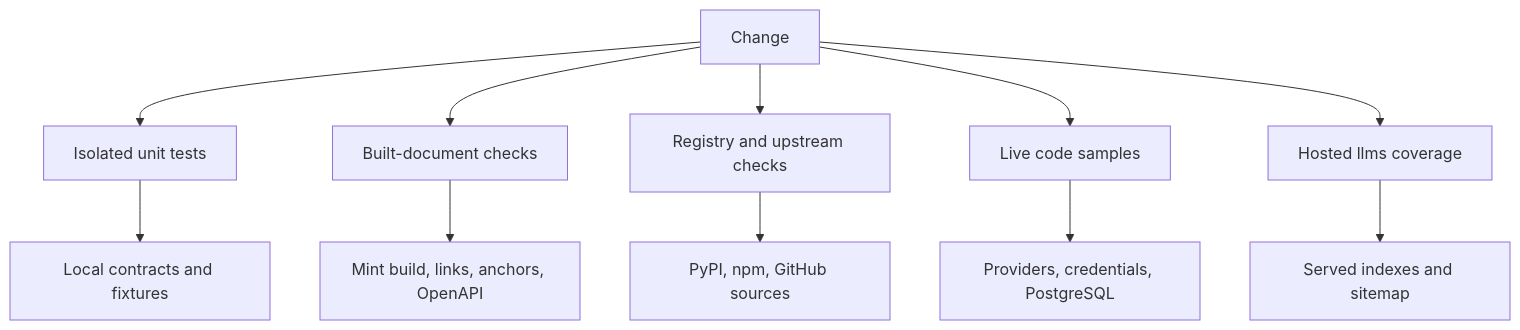
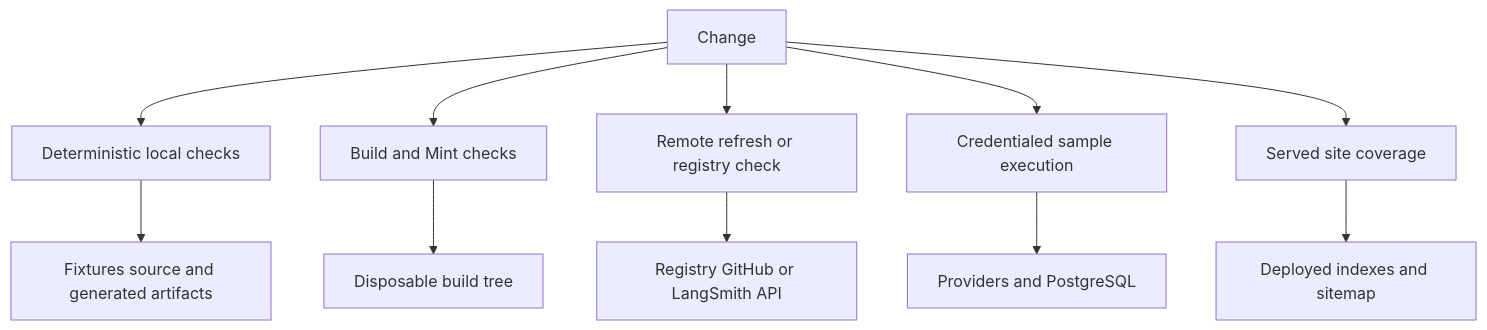
One commit to langchain-ai/docs changed the first of 3 diagrams in openwiki/testing/test-overview.md. Above: the diagram before and after it, drawn with Mermaid. The commit also changed other lines of this file and 25 other files, not shown here.

````diff
--- a/openwiki/testing/test-overview.md
+++ b/openwiki/testing/test-overview.md
@@ -100,13 +71,13 @@
 ```mermaid
 flowchart TD
-  Change["Change"] --> Unit["Isolated unit tests"]
-  Unit --> Contracts["Local contracts and fixtures"]
-  Change --> Build["Built-document checks"]
-  Build --> Rendered["Mint build, links, anchors, OpenAPI"]
-  Change --> Registry["Registry and upstream checks"]
-  Registry --> Remote["PyPI, npm, GitHub sources"]
-  Change --> Live["Live code samples"]
-  Live --> Services["Providers, credentials, PostgreSQL"]
-  Change --> Hosted["Hosted llms coverage"]
-  Hosted --> Served["Served indexes and sitemap"]
+  Change["Change"] --> Unit["Deterministic local checks"]
+  Unit --> Local["Fixtures source and generated artifacts"]
+  Change --> Rendered["Build and Mint checks"]
+  Rendered --> Build["Disposable build tree"]
+  Change --> Remote["Remote refresh or registry check"]
+  Remote --> Network["Registry GitHub or LangSmith API"]
+  Change --> Live["Credentialed sample execution"]
+  Live --> Services["Providers and PostgreSQL"]
+  Change --> Hosted["Served site coverage"]
+  Hosted --> Site["Deployed indexes and sitemap"]
 ```
````
